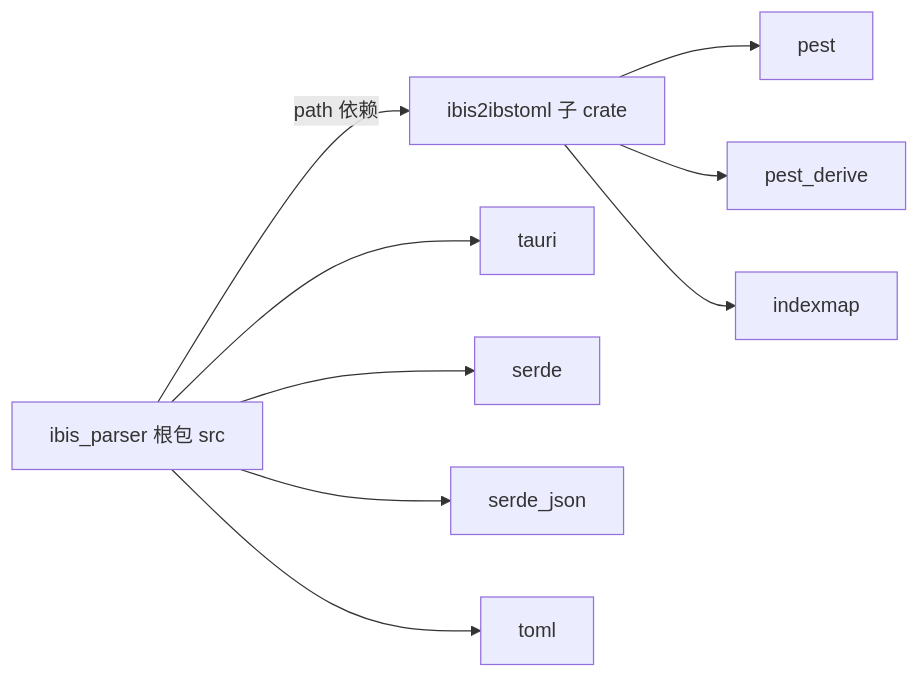
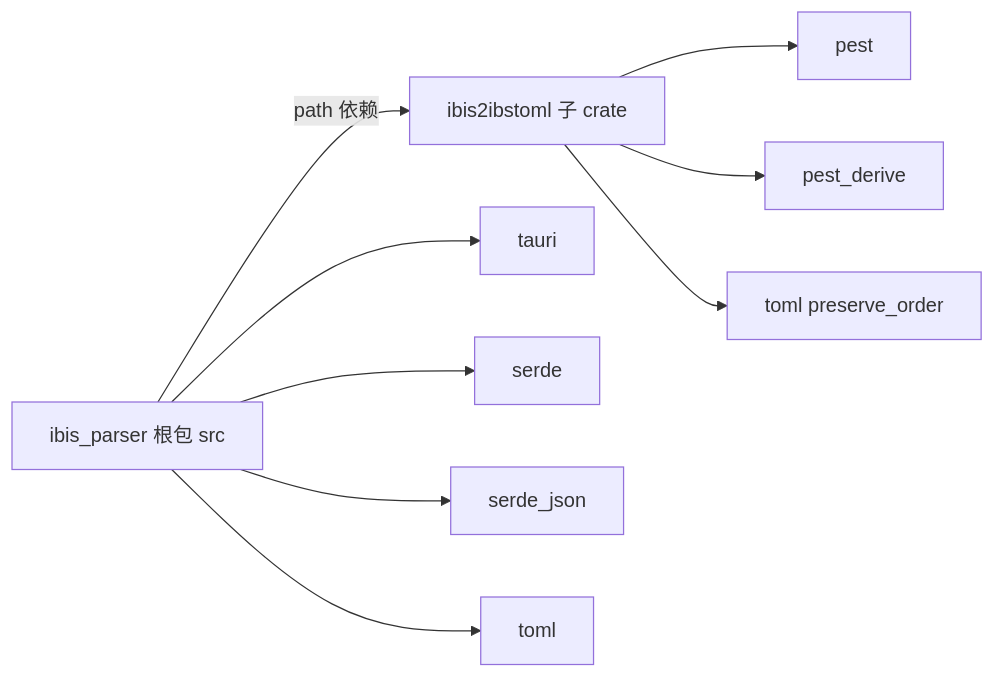
One commit to ykjoe/IBIS_Parser changed the second of 6 diagrams in plans/ibis2ibstoml_architecture.md. Above: the diagram before and after it, drawn with Mermaid. The commit also changed other lines of this file and 15 other files, not shown here.

````diff
--- a/plans/ibis2ibstoml_architecture.md
+++ b/plans/ibis2ibstoml_architecture.md
@@ -99,11 +95,11 @@
 ```mermaid
 graph LR
     ROOT[ibis_parser 根包 src] -->|path 依赖| C2T[ibis2ibstoml 子 crate]
     C2T --> P[pest]
     C2T --> PD[pest_derive]
-    C2T --> IM[indexmap]
+    C2T --> TM[toml preserve_order]
     ROOT --> T[tauri]
     ROOT --> S[serde]
     ROOT --> SJ[serde_json]
-    ROOT --> TM[toml]
+    ROOT --> TM2[toml]
 ```
````
